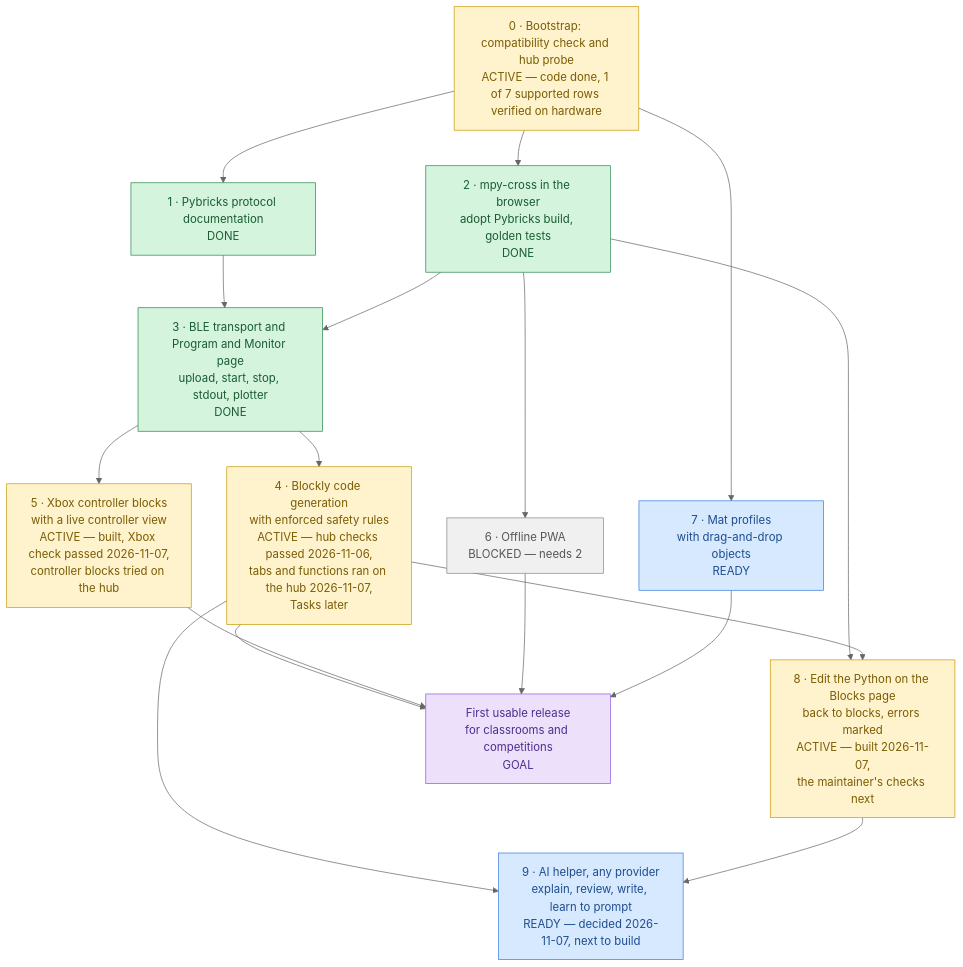
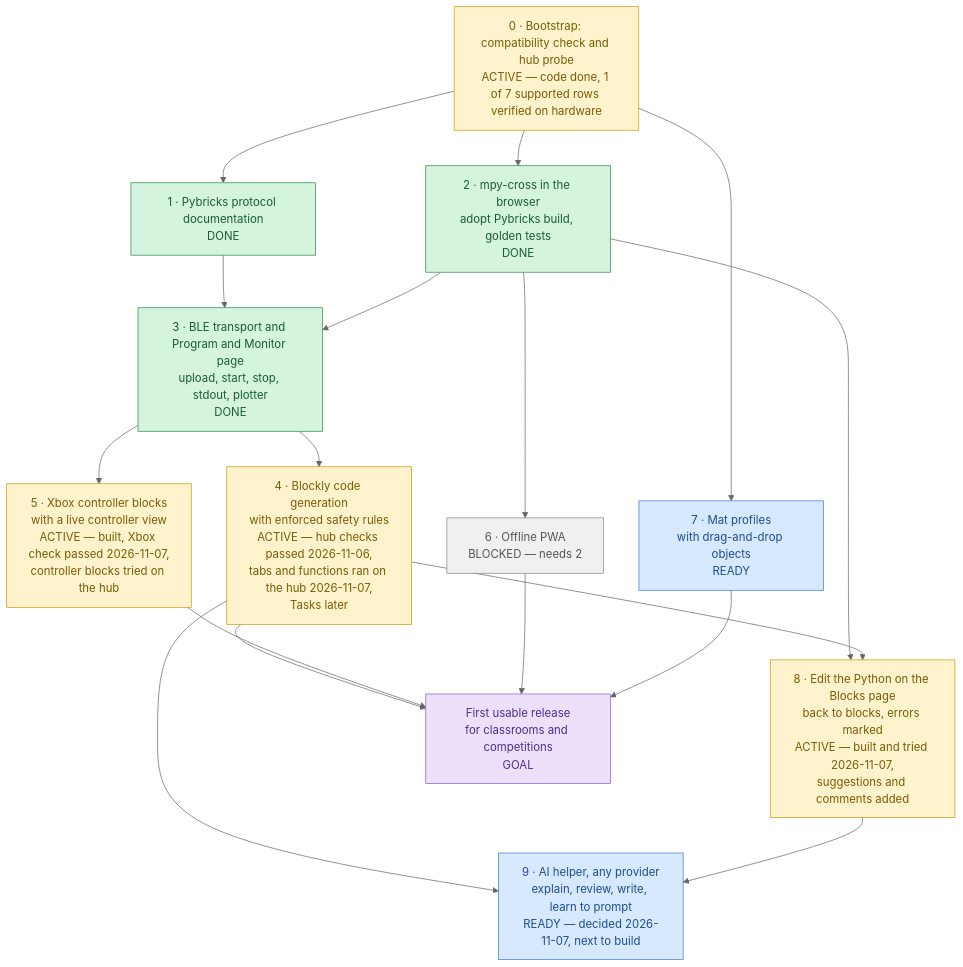
One commit to lumduan/matpilot changed the diagram in docs/roadmap.md. Above: the diagram before and after it, drawn with Mermaid (neutral theme). The commit also changed other lines of this file and 12 other files, not shown here.

First line of the commit message:
feat(blocks): suggestions, help on hover, and comments kept in the Python editor (ADR 0014)

````diff
--- a/docs/roadmap.md
+++ b/docs/roadmap.md
@@ -10,45 +10,45 @@
 ```mermaid
 flowchart TD
     M0["0 · Bootstrap: compatibility check and hub probe<br/>ACTIVE — code done, 1 of 7 supported rows verified on hardware"]
     M1["1 · Pybricks protocol documentation<br/>DONE"]
     M2["2 · mpy-cross in the browser<br/>adopt Pybricks build, golden tests<br/>DONE"]
     M3["3 · BLE transport and Program and Monitor page<br/>upload, start, stop, stdout, plotter<br/>DONE"]
     M4["4 · Blockly code generation<br/>with enforced safety rules<br/>ACTIVE — hub checks passed 2026-11-06,<br/>tabs and functions ran on the hub 2026-11-07,<br/>Tasks later"]
     M5["5 · Xbox controller blocks<br/>with a live controller view<br/>ACTIVE — built, Xbox check passed 2026-11-07,<br/>controller blocks tried on the hub"]
     M6["6 · Offline PWA<br/>BLOCKED — needs 2"]
     M7["7 · Mat profiles<br/>with drag-and-drop objects<br/>READY"]
-    M8["8 · Edit the Python on the Blocks page<br/>back to blocks, errors marked<br/>ACTIVE — built 2026-11-07,<br/>the maintainer's checks next"]
+    M8["8 · Edit the Python on the Blocks page<br/>back to blocks, errors marked<br/>ACTIVE — built and tried 2026-11-07,<br/>suggestions and comments added"]
     M9["9 · AI helper, any provider<br/>explain, review, write, learn to prompt<br/>READY — decided 2026-11-07, next to build"]
     GOAL["First usable release<br/>for classrooms and competitions<br/>GOAL"]
 
     M0 --> M1
     M0 --> M2
     M0 --> M7
     M1 --> M3
     M2 --> M3
     M3 --> M4
     M3 --> M5
     M2 --> M6
     M4 --> GOAL
     M5 --> GOAL
     M6 --> GOAL
     M7 --> GOAL
     M2 --> M8
     M4 --> M8
     M4 --> M9
     M8 --> M9
 
     classDef done     fill:#d4f4dd,stroke:#2d8a4e,color:#1a5c33
     classDef active   fill:#fff3cd,stroke:#cc9a06,color:#7a5c04
     classDef ready    fill:#d6e9ff,stroke:#3b7dd8,color:#1e4d8f
     classDef blocked  fill:#f0f0f0,stroke:#888,color:#555
     classDef goal     fill:#ede0fb,stroke:#8a5cd8,color:#4d2e8f
 
     class M0,M4,M5 active
     class M1,M2,M3 done
     class M7 ready
     class M6 blocked
     class GOAL goal
     class M8 active
     class M9 ready
 ```
````
